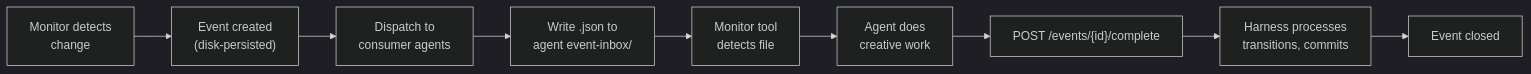
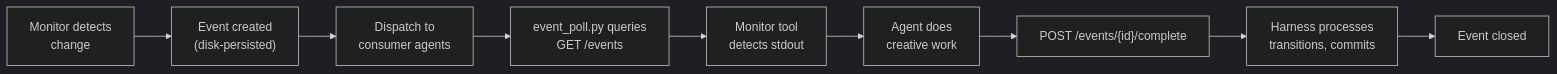
Before and after one commit to WallyDoodlez/SquidSquad: the fourth of 6 diagrams in .squidsquad/pm/planning/FEAT-PM-7630-PRD.md, drawn with Mermaid (dark theme). The commit also changed other lines of this file and 1 other file, not shown here.

First line of the commit message:
pm: #7630 — replace file-based event inbox with poll script + API

````diff
--- a/.squidsquad/pm/planning/FEAT-PM-7630-PRD.md
+++ b/.squidsquad/pm/planning/FEAT-PM-7630-PRD.md
@@ -215,11 +217,11 @@
 ```mermaid
 graph LR
     A["Monitor detects<br/>change"] --> B["Event created<br/>(disk-persisted)"]
     B --> C["Dispatch to<br/>consumer agents"]
-    C --> D["Write .json to<br/>agent event-inbox/"]
-    D --> E["Monitor tool<br/>detects file"]
+    C --> D["event_poll.py queries<br/>GET /events"]
+    D --> E["Monitor tool<br/>detects stdout"]
     E --> F["Agent does<br/>creative work"]
     F --> G["POST /events/{id}/complete"]
     G --> H["Harness processes<br/>transitions, commits"]
     H --> I["Event closed"]
 ```
````
